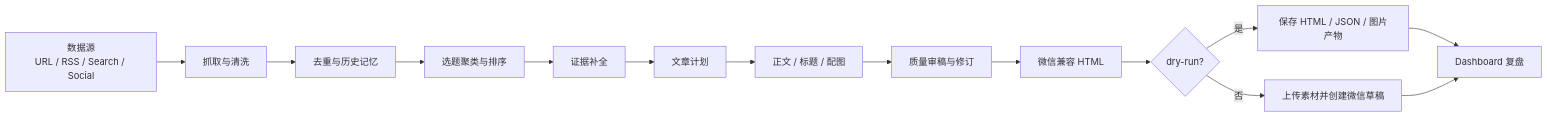
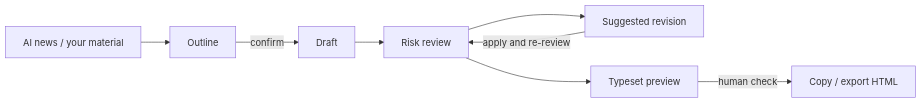
Before and after one commit to TinkCarlos/ai-writing-desk: the diagram in README.md, drawn with Mermaid. The commit also changed other lines of this file and 1 other file, not shown here.

````diff
--- a/README.md
+++ b/README.md
@@ -96,16 +34,10 @@
 ```mermaid
 flowchart LR
-  A["数据源<br/>URL / RSS / Search / Social"] --> B["抓取与清洗"]
-  B --> C["去重与历史记忆"]
-  C --> D["选题聚类与排序"]
-  D --> E["证据补全"]
-  E --> F["文章计划"]
-  F --> G["正文 / 标题 / 配图"]
-  G --> H["质量审稿与修订"]
-  H --> I["微信兼容 HTML"]
-  I --> J{"dry-run?"}
-  J -->|是| K["保存 HTML / JSON / 图片产物"]
-  J -->|否| L["上传素材并创建微信草稿"]
-  K --> M["Dashboard 复盘"]
-  L --> M
+    A[AI news / your material] --> B[Outline]
+    B -->|confirm| C[Draft]
+    C --> D[Risk review]
+    D --> E[Suggested revision]
+    E -->|apply and re-review| D
+    D --> F[Typeset preview]
+    F -->|human check| G[Copy / export HTML]
 ```
````
